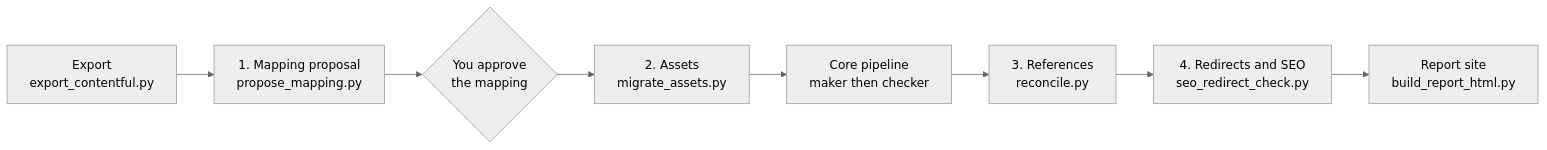
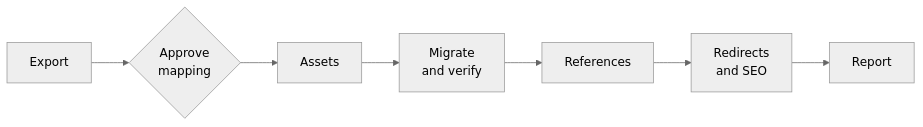
Before and after one commit to JasonYangCIS/cms-to-builder-content: the diagram in docs/phases.md, drawn with Mermaid (neutral theme). The commit also changed 1 other file, not shown here.

Commit message:
Simplify Mermaid diagrams in README and docs/phases

````diff
--- a/docs/phases.md
+++ b/docs/phases.md
@@ -5,10 +5,9 @@
 ```mermaid
 flowchart LR
-  P0["Export<br/>export_contentful.py"] --> P1["1. Mapping proposal<br/>propose_mapping.py"]
-  P1 --> AP{"You approve<br/>the mapping"}
-  AP --> P2["2. Assets<br/>migrate_assets.py"]
-  P2 --> CORE["Core pipeline<br/>maker then checker"]
-  CORE --> P3["3. References<br/>reconcile.py"]
-  P3 --> P4["4. Redirects and SEO<br/>seo_redirect_check.py"]
-  P4 --> RP["Report site<br/>build_report_html.py"]
+  A["Export"] --> B{"Approve<br/>mapping"}
+  B --> C["Assets"]
+  C --> D["Migrate<br/>and verify"]
+  D --> E["References"]
+  E --> F["Redirects<br/>and SEO"]
+  F --> G["Report"]
 ```
````
